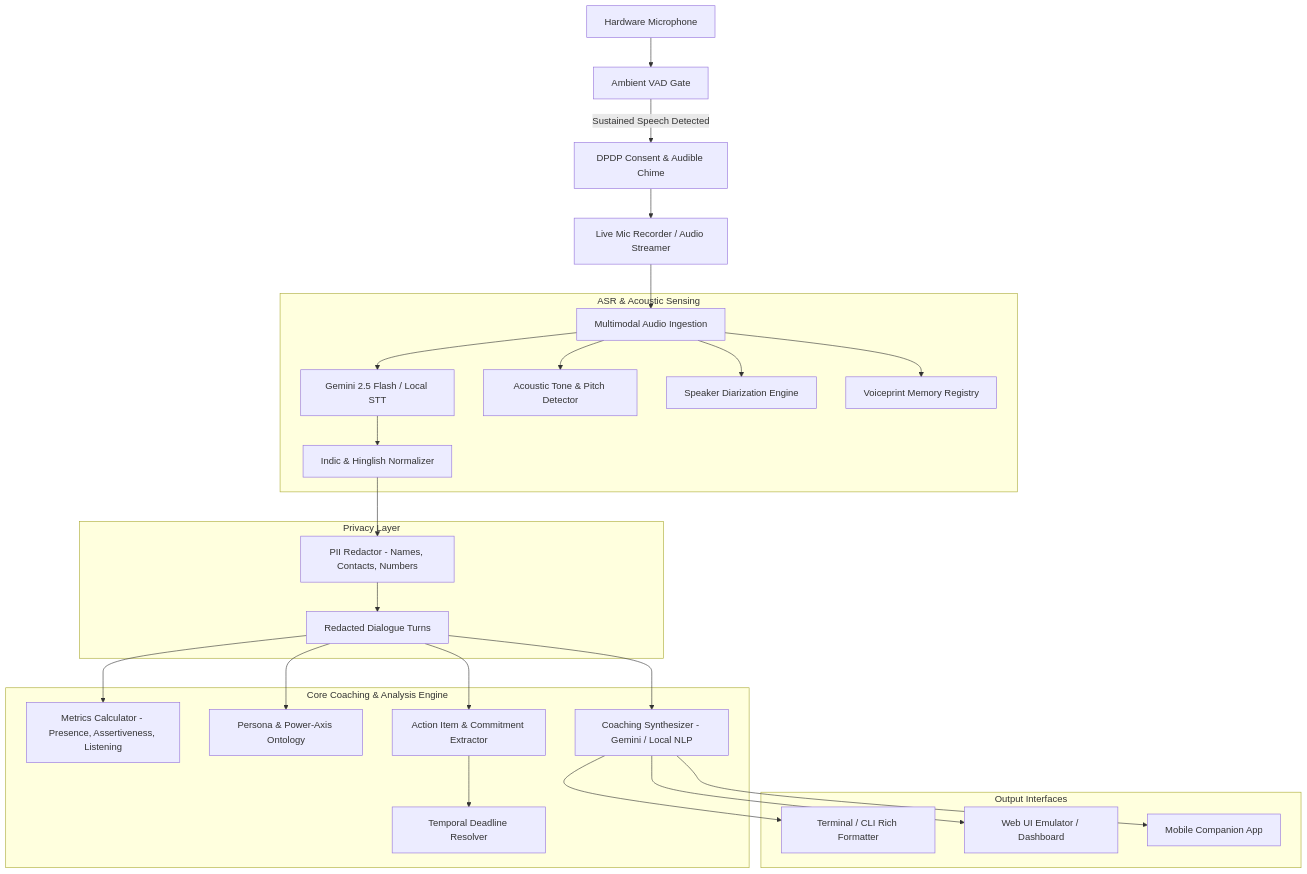
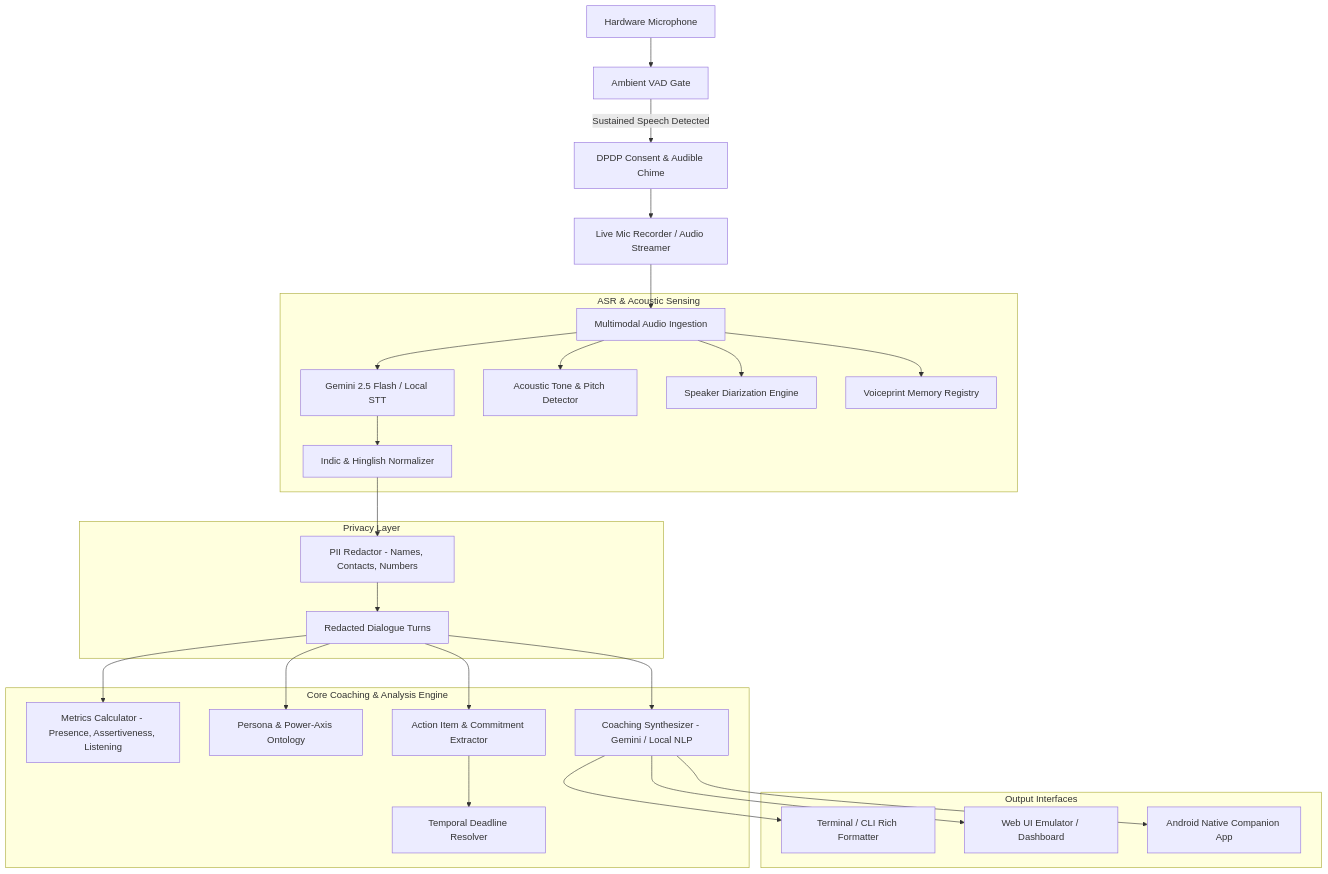
The first of 2 diagrams in ARCHITECTURE.md (ankitsingh99/executive-comm-coach), drawn with Mermaid before and after one commit. The commit also changed other lines of this file and 3 other files, not shown here.

Commit message:
docs: add detailed Android companion app guide, Pixel 11 deployment, and architecture docs

````diff
--- a/ARCHITECTURE.md
+++ b/ARCHITECTURE.md
@@ -9,34 +9,34 @@
 ```mermaid
 graph TD
     A[Hardware Microphone] --> B[Ambient VAD Gate]
     B -->|Sustained Speech Detected| C[DPDP Consent & Audible Chime]
     C --> D[Live Mic Recorder / Audio Streamer]
     D --> E[Multimodal Audio Ingestion]
     
     subgraph ASR & Acoustic Sensing
         E --> F[Gemini 2.5 Flash / Local STT]
         E --> G[Acoustic Tone & Pitch Detector]
         E --> H[Speaker Diarization Engine]
         E --> I[Voiceprint Memory Registry]
         F --> J[Indic & Hinglish Normalizer]
     end
     
     subgraph Privacy Layer
         J --> K[PII Redactor - Names, Contacts, Numbers]
         K --> L[Redacted Dialogue Turns]
     end
     
     subgraph Core Coaching & Analysis Engine
         L --> M[Metrics Calculator - Presence, Assertiveness, Listening]
         L --> N[Persona & Power-Axis Ontology]
         L --> O[Action Item & Commitment Extractor]
         O --> P[Temporal Deadline Resolver]
         L --> Q[Coaching Synthesizer - Gemini / Local NLP]
     end
     
     subgraph Output Interfaces
         Q --> R[Terminal / CLI Rich Formatter]
         Q --> S[Web UI Emulator / Dashboard]
-        Q --> T[Mobile Companion App]
+        Q --> T[Android Native Companion App]
     end
 ```
````
